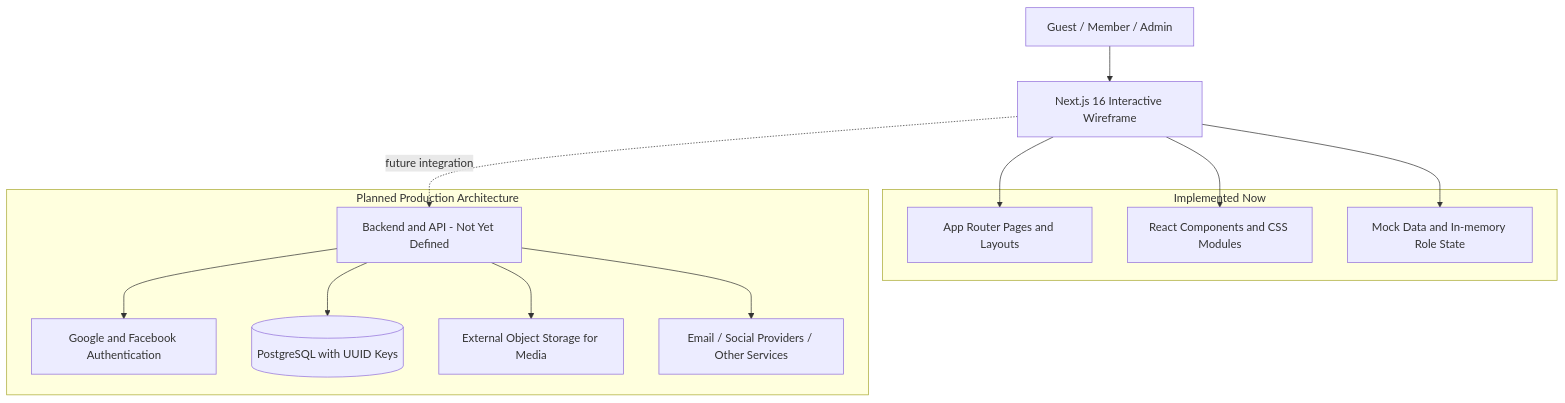
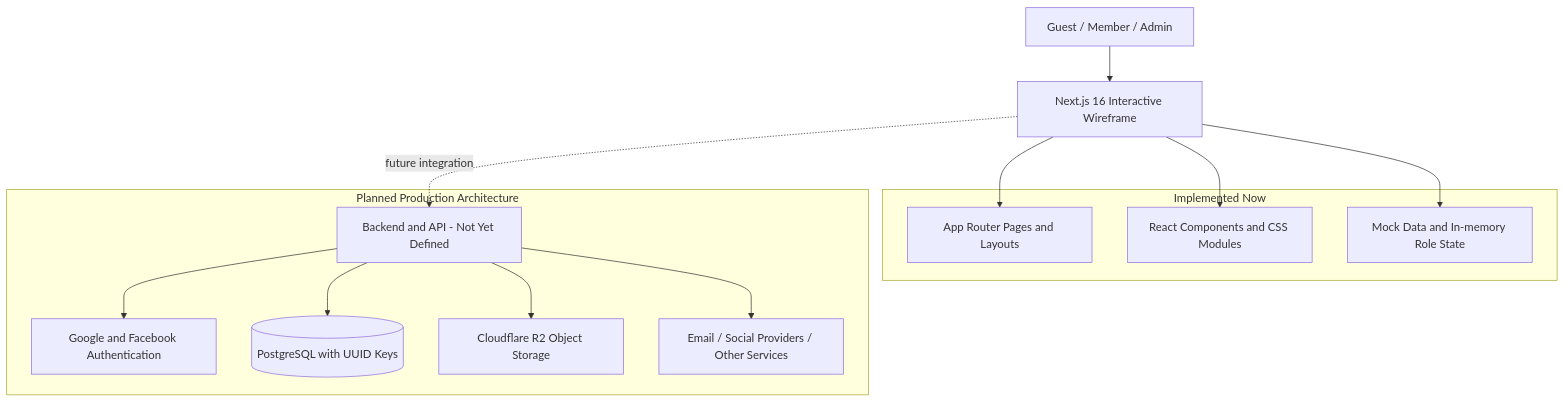
The first of 2 diagrams in docs/SYSTEM_HANDBOOK.md (jaruwith/novelverse), drawn with Mermaid before and after one commit. The commit also changed other lines of this file and 18 other files, not shown here.

````diff
--- a/docs/SYSTEM_HANDBOOK.md
+++ b/docs/SYSTEM_HANDBOOK.md
@@ -103,27 +103,27 @@
 ```mermaid
 flowchart TB
     U[Guest / Member / Admin] --> W[Next.js 16 Interactive Wireframe]
     W --> R[App Router Pages and Layouts]
     W --> C[React Components and CSS Modules]
     W --> M[Mock Data and In-memory Role State]
 
     subgraph CURRENT[Implemented Now]
       R
       C
       M
     end
 
     subgraph PLANNED[Planned Production Architecture]
       AUTH[Google and Facebook Authentication]
       BACKEND[Backend and API - Not Yet Defined]
       DB[(PostgreSQL with UUID Keys)]
-      STORAGE[External Object Storage for Media]
+      STORAGE[Cloudflare R2 Object Storage]
       EXT[Email / Social Providers / Other Services]
     end
 
     W -. future integration .-> BACKEND
     BACKEND --> AUTH
     BACKEND --> DB
     BACKEND --> STORAGE
     BACKEND --> EXT
 ```
````
